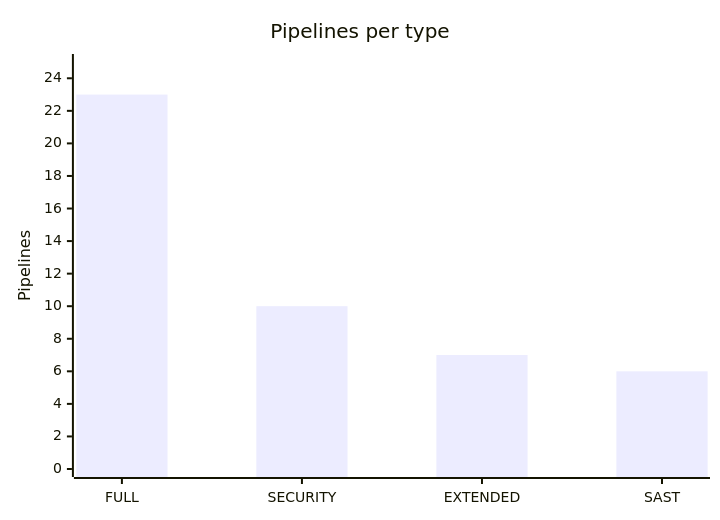
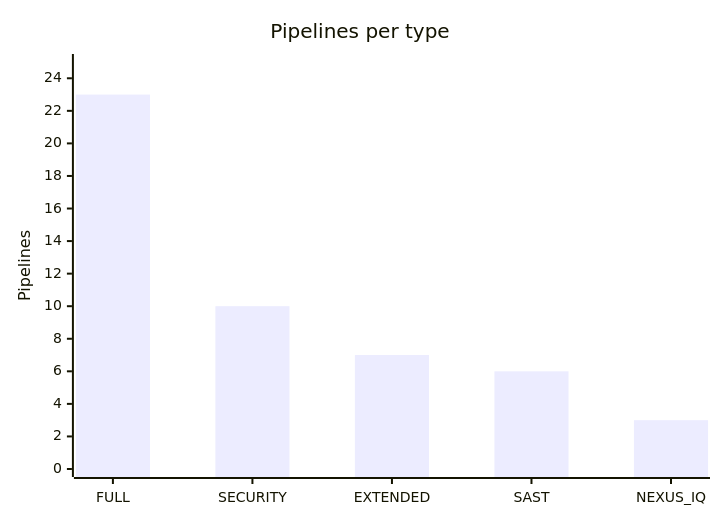
One commit to mateuszmatan/DSOMgmtPortal changed the second of 6 diagrams in README.md. Above: the diagram before and after it, drawn with Mermaid. The commit also changed other lines of this file and 71 other files, not shown here.

````diff
--- a/README.md
+++ b/README.md
@@ -145,7 +150,7 @@
 ```mermaid
 xychart-beta
     title "Pipelines per type"
-    x-axis [FULL, SECURITY, EXTENDED, SAST]
+    x-axis [FULL, SECURITY, EXTENDED, SAST, NEXUS_IQ]
     y-axis "Pipelines" 0 --> 25
-    bar [23, 10, 7, 6]
+    bar [23, 10, 7, 6, 3]
 ```
````
